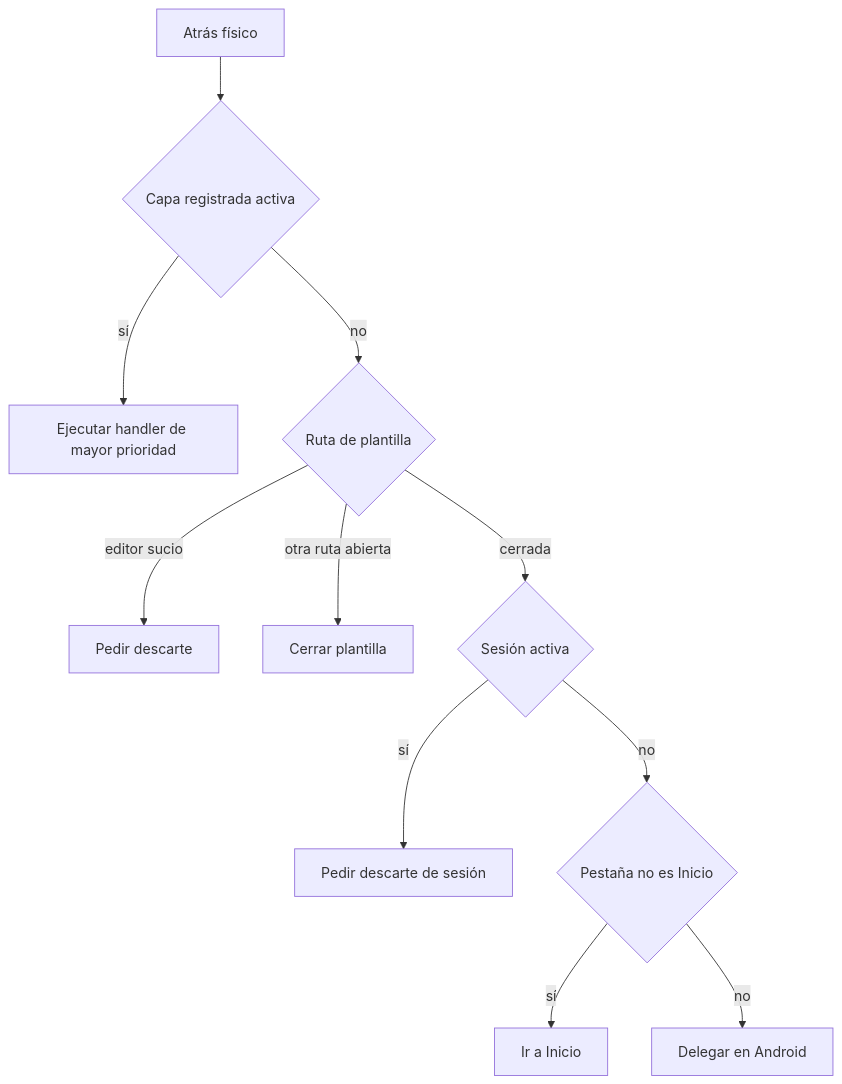
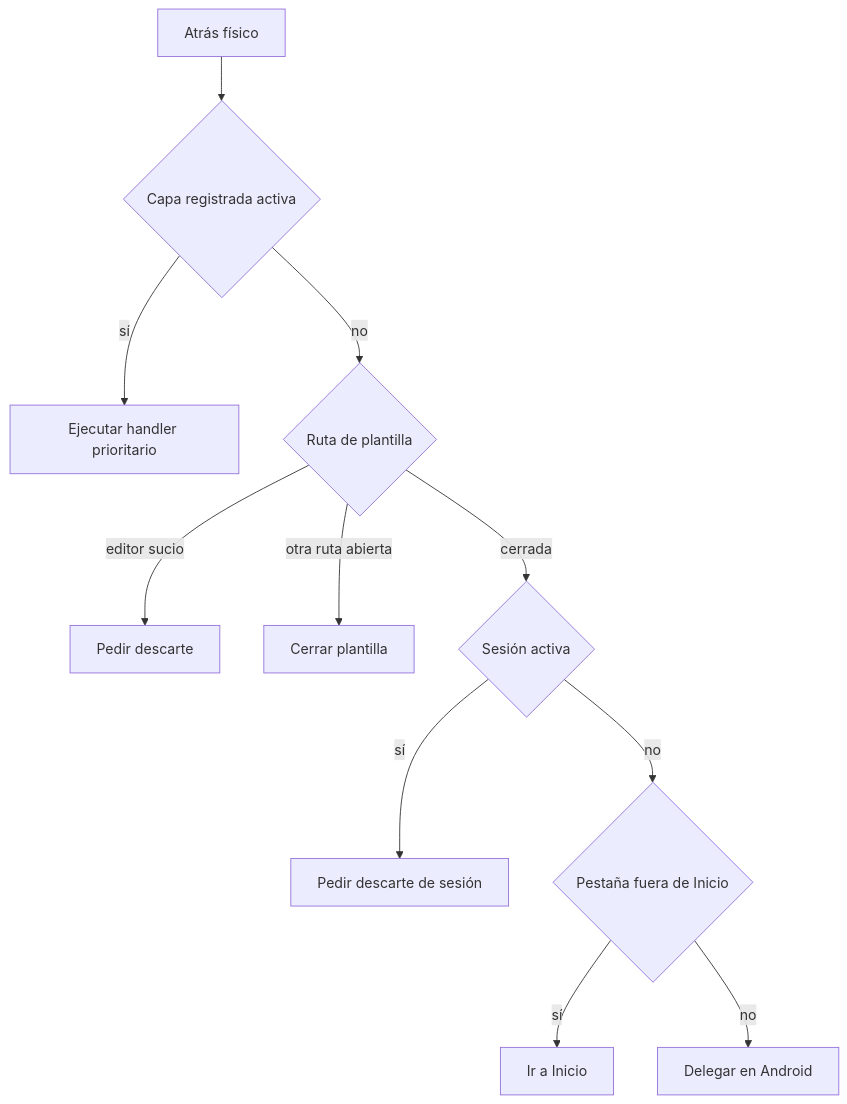
The second of 2 diagrams in openwiki/mobile/application-shell.md (maximofn/gymnasia), drawn with Mermaid before and after one commit. The commit also changed other lines of this file and 55 other files, not shown here.

````diff
--- a/openwiki/mobile/application-shell.md
+++ b/openwiki/mobile/application-shell.md
@@ -107,13 +104,13 @@
 ```mermaid
 flowchart TD
     Back["Atrás físico"] --> Layer{"Capa registrada activa"}
-    Layer -->|"sí"| Close["Ejecutar handler de mayor prioridad"]
+    Layer -->|"sí"| Close["Ejecutar handler prioritario"]
     Layer -->|"no"| Template{"Ruta de plantilla"}
     Template -->|"editor sucio"| Draft["Pedir descarte"]
     Template -->|"otra ruta abierta"| TemplateClose["Cerrar plantilla"]
     Template -->|"cerrada"| Session{"Sesión activa"}
     Session -->|"sí"| Discard["Pedir descarte de sesión"]
-    Session -->|"no"| Tab{"Pestaña no es Inicio"}
+    Session -->|"no"| Tab{"Pestaña fuera de Inicio"}
     Tab -->|"sí"| Home["Ir a Inicio"]
     Tab -->|"no"| System["Delegar en Android"]
 ```
````
